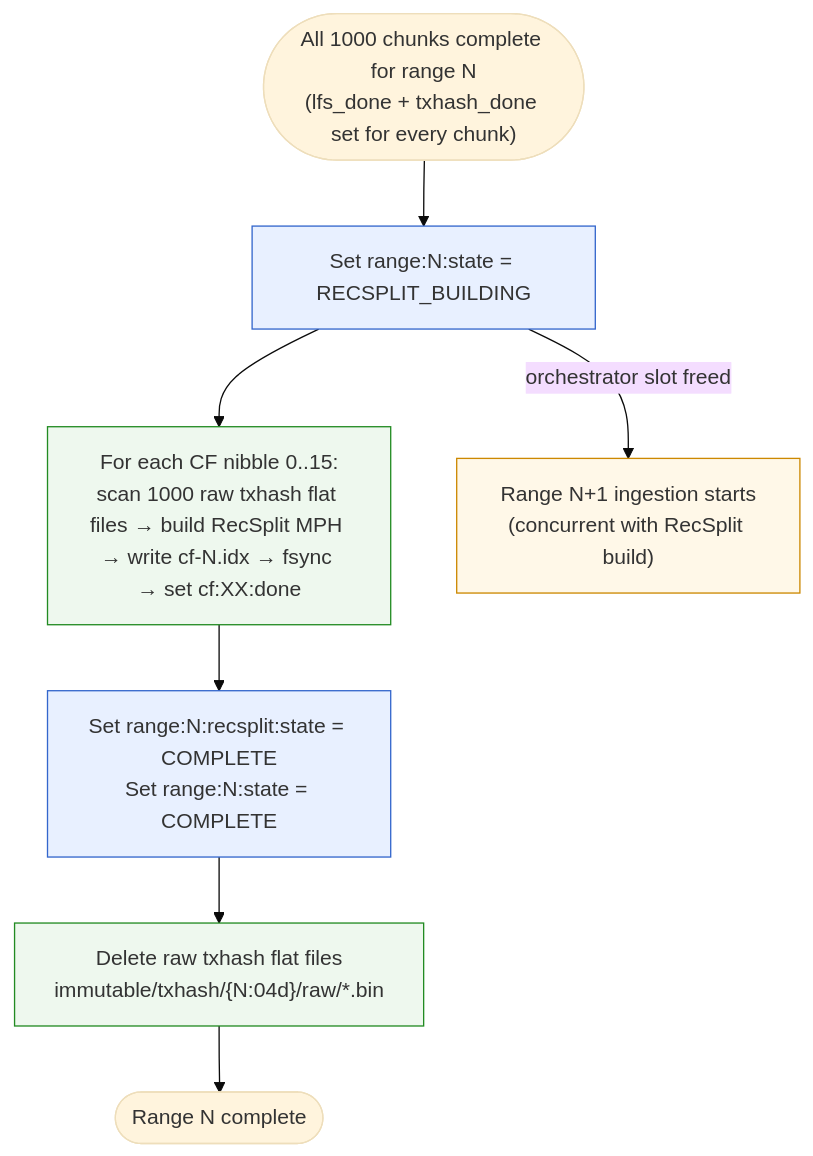
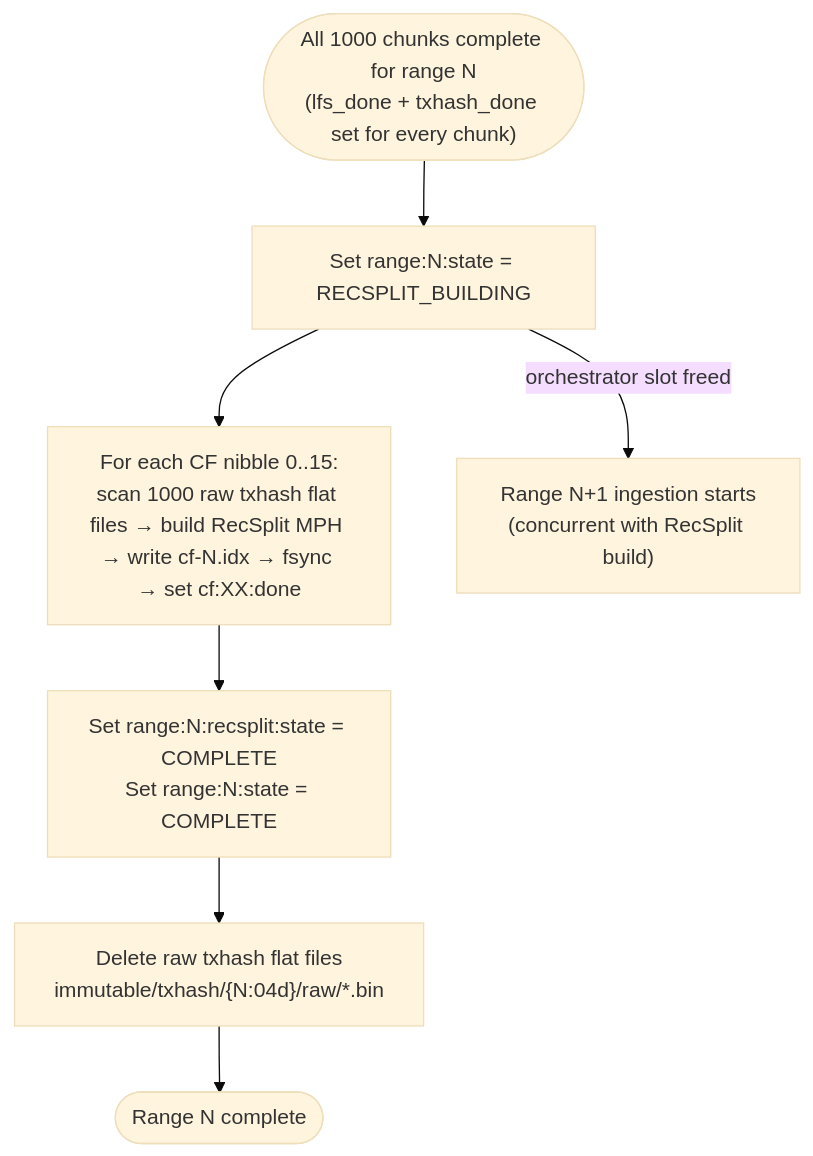
The fifth of 8 diagrams in design-docs-v2/01-architecture-overview.md (karthikiyer56/stellar-full-history-ingestion), drawn with Mermaid (base theme) before and after one commit. The commit also changed other lines of this file and 17 other files, not shown here.

````diff
--- a/design-docs-v2/01-architecture-overview.md
+++ b/design-docs-v2/01-architecture-overview.md
@@ -197,14 +189,10 @@
 ```mermaid
 flowchart TD
-    classDef action fill:#eef8ee,stroke:#228b22
-    classDef meta fill:#e8f0ff,stroke:#3366cc
-    classDef async fill:#fff8e8,stroke:#cc8800
-
-    DONE1000(["All 1000 chunks complete for range N<br/>(lfs_done + txhash_done set for every chunk)"]) --> SET_RS["Set range:N:state = RECSPLIT_BUILDING"]:::meta
-    SET_RS --> BUILD_CFS["For each CF nibble 0..15:<br/>scan 1000 raw txhash flat files → build RecSplit MPH → write cf-N.idx → fsync → set cf:XX:done"]:::action
-    BUILD_CFS --> RS_COMPLETE["Set range:N:recsplit:state = COMPLETE<br/>Set range:N:state = COMPLETE"]:::meta
-    RS_COMPLETE --> DELETE_RAW["Delete raw txhash flat files<br/>immutable/txhash/{N:04d}/raw/*.bin"]:::action
+    DONE1000(["All 1000 chunks complete for range N<br/>(lfs_done + txhash_done set for every chunk)"]) --> SET_RS["Set range:N:state = RECSPLIT_BUILDING"]
+    SET_RS --> BUILD_CFS["For each CF nibble 0..15:<br/>scan 1000 raw txhash flat files → build RecSplit MPH → write cf-N.idx → fsync → set cf:XX:done"]
+    BUILD_CFS --> RS_COMPLETE["Set range:N:recsplit:state = COMPLETE<br/>Set range:N:state = COMPLETE"]
+    RS_COMPLETE --> DELETE_RAW["Delete raw txhash flat files<br/>immutable/txhash/{N:04d}/raw/*.bin"]
     DELETE_RAW --> RANGE_DONE(["Range N complete"])
 
-    SET_RS -->|"orchestrator slot freed"| INGEST_NEXT["Range N+1 ingestion starts<br/>(concurrent with RecSplit build)"]:::async
+    SET_RS -->|"orchestrator slot freed"| INGEST_NEXT["Range N+1 ingestion starts<br/>(concurrent with RecSplit build)"]
 ```
````
